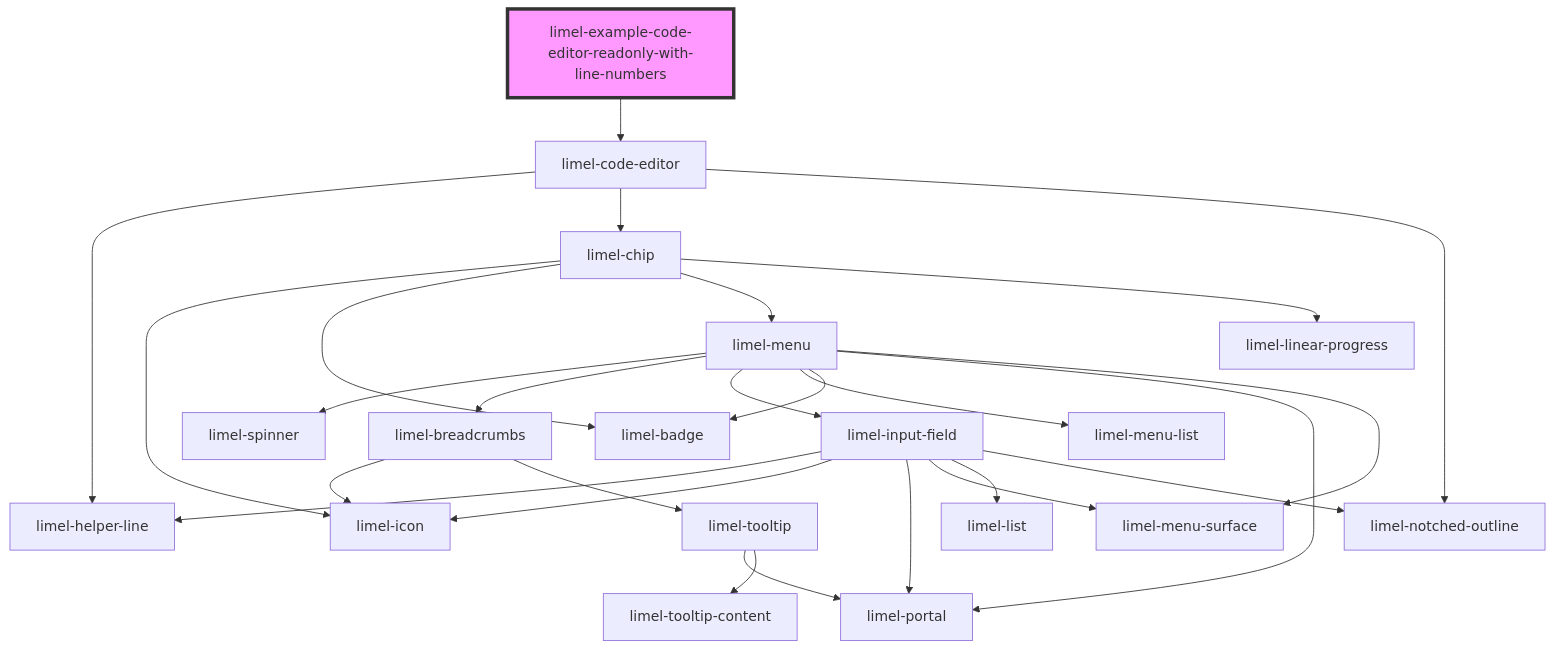
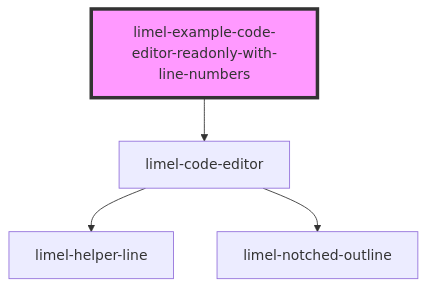
Before and after one commit to Lundalogik/lime-elements: the diagram in versions/PR-3768/markdown-docs/components/code-editor/examples/readme.md, drawn with Mermaid. The commit also changed 45 other files, not shown here.

````diff
--- a/versions/PR-3768/markdown-docs/components/code-editor/examples/readme.md
+++ b/versions/PR-3768/markdown-docs/components/code-editor/examples/readme.md
@@ -23,29 +23,7 @@
 ```mermaid
 graph TD;
   limel-example-code-editor-readonly-with-line-numbers --> limel-code-editor
   limel-code-editor --> limel-helper-line
-  limel-code-editor --> limel-chip
   limel-code-editor --> limel-notched-outline
-  limel-chip --> limel-icon
-  limel-chip --> limel-badge
-  limel-chip --> limel-menu
-  limel-chip --> limel-linear-progress
-  limel-menu --> limel-spinner
-  limel-menu --> limel-breadcrumbs
-  limel-menu --> limel-input-field
-  limel-menu --> limel-menu-list
-  limel-menu --> limel-badge
-  limel-menu --> limel-portal
-  limel-menu --> limel-menu-surface
-  limel-breadcrumbs --> limel-icon
-  limel-breadcrumbs --> limel-tooltip
-  limel-tooltip --> limel-portal
-  limel-tooltip --> limel-tooltip-content
-  limel-input-field --> limel-helper-line
-  limel-input-field --> limel-icon
-  limel-input-field --> limel-portal
-  limel-input-field --> limel-menu-surface
-  limel-input-field --> limel-list
-  limel-input-field --> limel-notched-outline
   style limel-example-code-editor-readonly-with-line-numbers fill:#f9f,stroke:#333,stroke-width:4px
 ```
````
